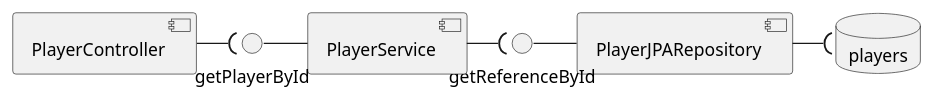
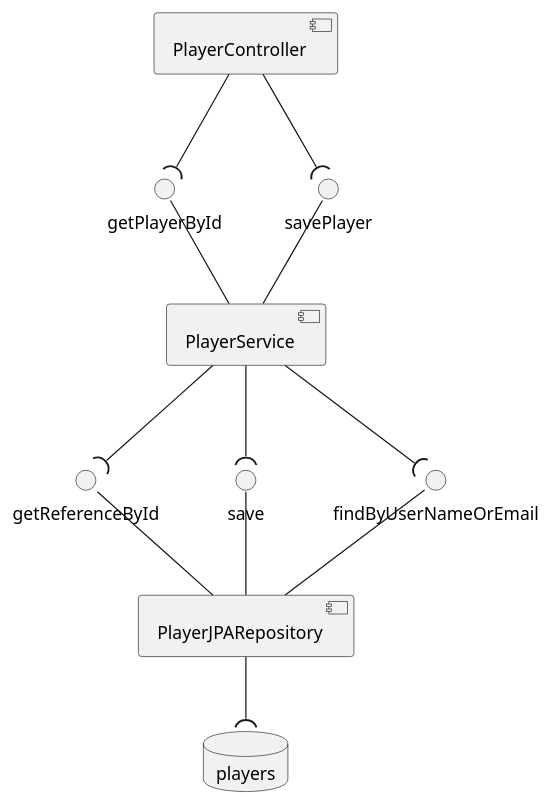
The diagram in docs/model/component.puml (114042-TOLEDO-BRUNO/Practica-Spring), drawn with PlantUML before and after one commit. The commit also changed 15 other files, not shown here.

```diff
--- a/docs/model/component.puml
+++ b/docs/model/component.puml
@@ -1,10 +1,17 @@
 @startuml
 database "players"
-[PlayerJPARepository] -("players"
-getReferenceById - [PlayerJPARepository]
+[PlayerController] --(getPlayerById
+[PlayerController] --(savePlayer
 
-[PlayerService] -(getReferenceById
-getPlayerById - [PlayerService]
+[PlayerService] --(getReferenceById
+[PlayerService] --(save
+[PlayerService] --(findByUserNameOrEmail
 
-[PlayerController] -(getPlayerById
+getPlayerById -- [PlayerService]
+savePlayer -- [PlayerService]
+[PlayerJPARepository] --("players"
+getReferenceById -- [PlayerJPARepository]
+save -- [PlayerJPARepository]
+findByUserNameOrEmail -- [PlayerJPARepository]
+
 @enduml
```
